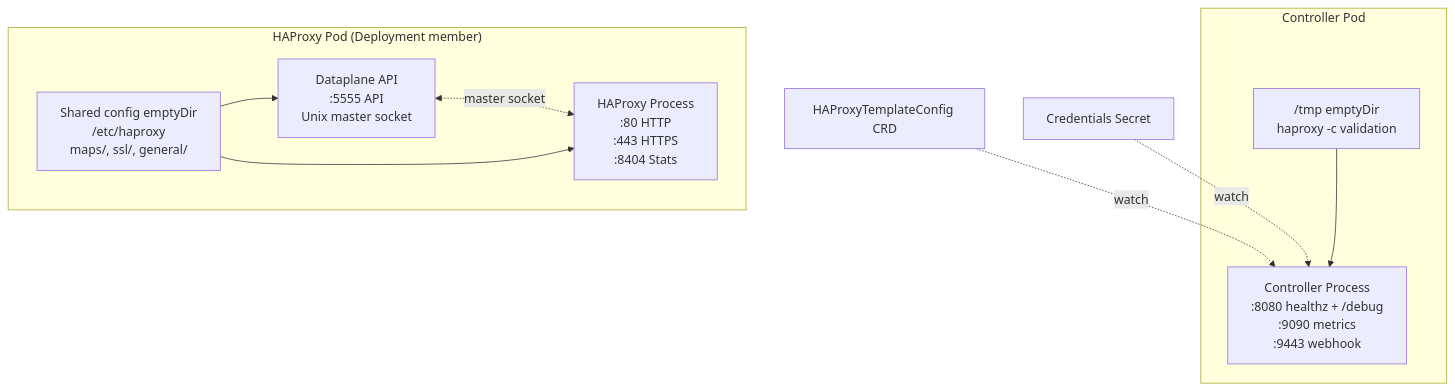
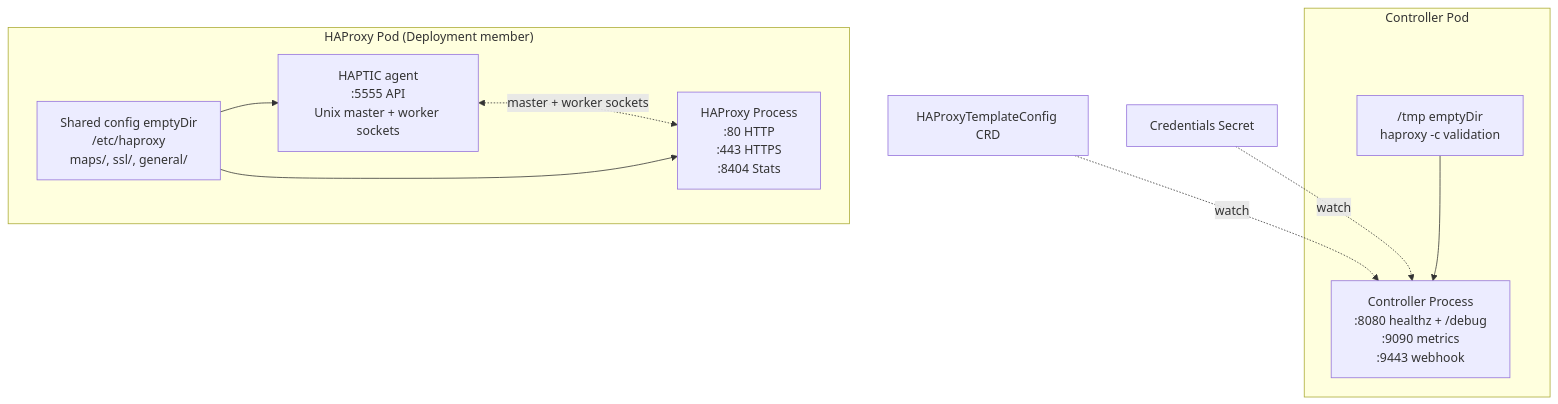
The second of 3 diagrams in docs/site/docs/development/design/deployment.md (HAProxy-Template-IC/haproxy-template-ingress-controller), drawn with Mermaid before and after one commit. The commit also changed other lines of this file and 285 other files, not shown here.

Commit message:
Cut the controller and the chart over to the HAPTIC agent (MR 0.3a)

````diff
--- a/docs/site/docs/development/design/deployment.md
+++ b/docs/site/docs/development/design/deployment.md
@@ -91,22 +91,22 @@
 ```mermaid
 graph TB
     subgraph "Controller Pod"
         CTRL_MAIN[Controller Process<br/>:8080 healthz + /debug<br/>:9090 metrics<br/>:9443 webhook]
         CTRL_TMP["/tmp emptyDir<br/>haproxy -c validation"]
     end
 
     subgraph "HAProxy Pod (Deployment member)"
         HAP_PROC[HAProxy Process<br/>:80 HTTP<br/>:443 HTTPS<br/>:8404 Stats]
-        DP_PROC[Dataplane API<br/>:5555 API<br/>Unix master socket]
+        AGENT_PROC[HAPTIC agent<br/>:5555 API<br/>Unix master + worker sockets]
         HAP_VOL[Shared config emptyDir<br/>/etc/haproxy<br/>maps/, ssl/, general/]
     end
 
     HTPLCFG[HAProxyTemplateConfig CRD] -. watch .-> CTRL_MAIN
     CREDS_SECRET[Credentials Secret] -. watch .-> CTRL_MAIN
     CTRL_TMP --> CTRL_MAIN
 
-    DP_PROC <-. master socket .-> HAP_PROC
+    AGENT_PROC <-. master + worker sockets .-> HAP_PROC
     HAP_VOL --> HAP_PROC
-    HAP_VOL --> DP_PROC
+    HAP_VOL --> AGENT_PROC
 
 ```
````
